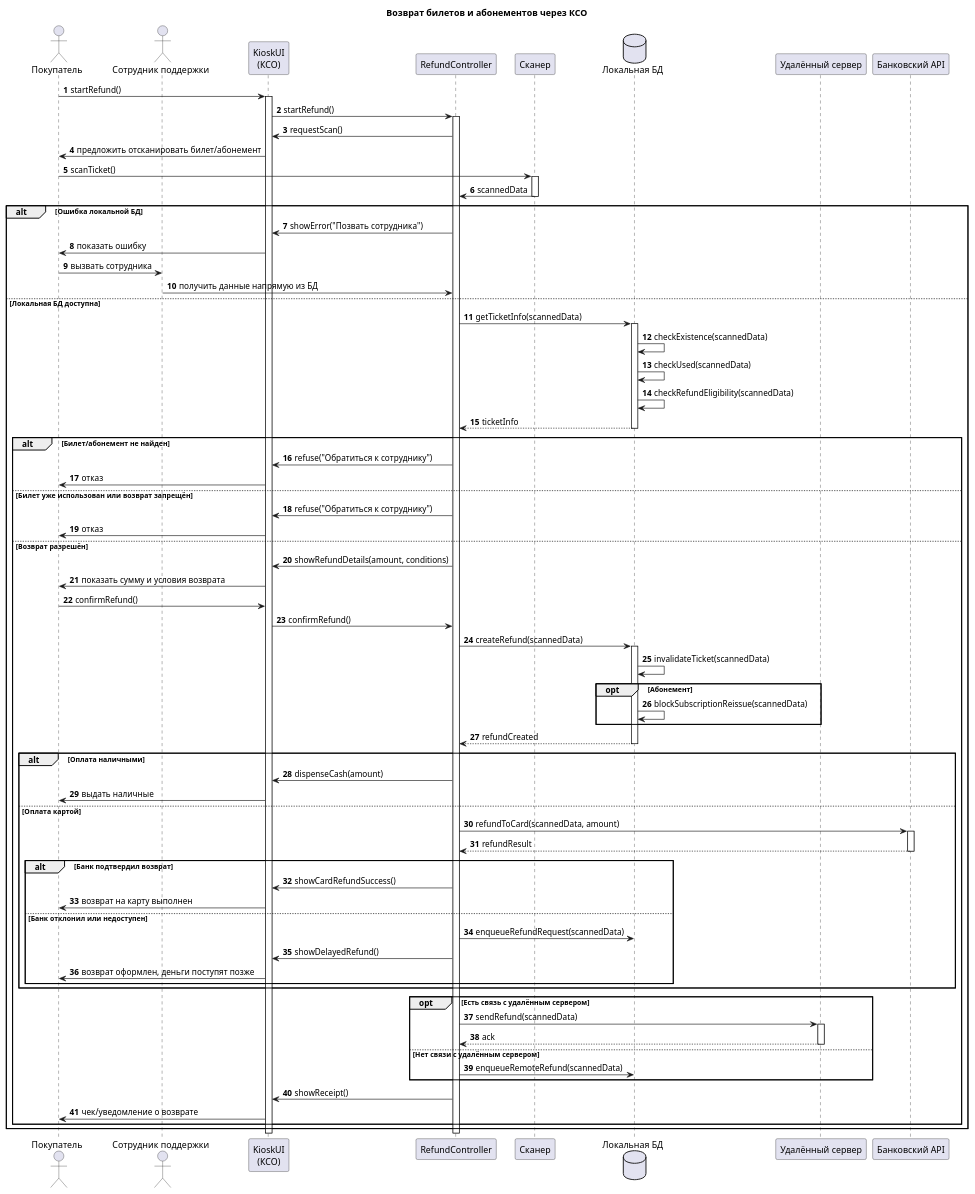
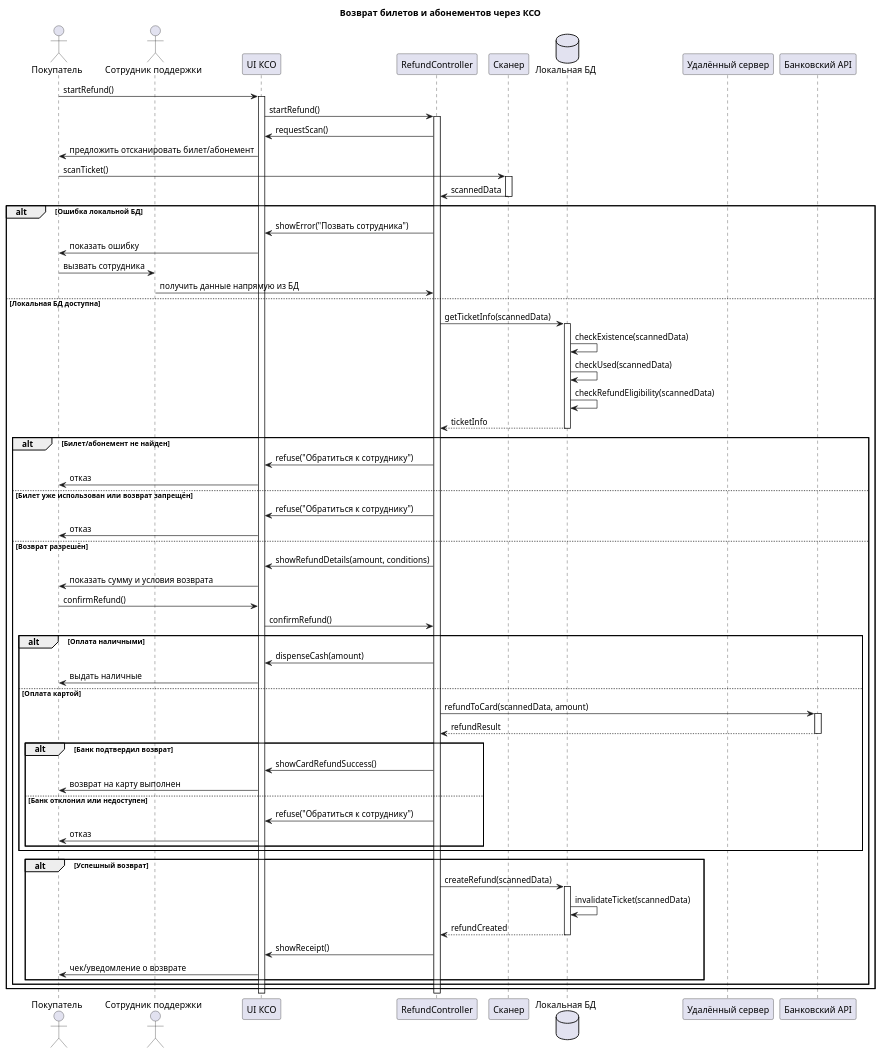
The diagram in Преценденты/Возврат билетов и абонементов/Диаграмма последовательности.md (penamarth/bsbo-11-24_team5_var10_football), drawn with PlantUML before and after one commit. The commit also changed 1 other file, not shown here.

Commit message:
Оновил диаграмму последовательностей возврата билетов и абонементов

````diff
--- a/Преценденты/Возврат билетов и абонементов/Диаграмма последовательности.md
+++ b/Преценденты/Возврат билетов и абонементов/Диаграмма последовательности.md
@@ -3,11 +3,10 @@
 ```plantuml
 @startuml
-autonumber
 title Возврат билетов и абонементов через КСО
 
 actor "Покупатель" as Buyer
 actor "Сотрудник поддержки" as Support
-participant "KioskUI\n(КСО)" as UI
+participant "UI КСО" as UI
 participant "RefundController" as Controller
 participant "Сканер" as Scanner
 database "Локальная БД" as LocalDB
@@ -52,15 +51,6 @@
         Buyer -> UI : confirmRefund()
         UI -> Controller : confirmRefund()
 
-        Controller -> LocalDB : createRefund(scannedData)
-        activate LocalDB
-        LocalDB -> LocalDB : invalidateTicket(scannedData)
-        opt Абонемент
-            LocalDB -> LocalDB : blockSubscriptionReissue(scannedData)
-        end
-        LocalDB --> Controller : refundCreated
-        deactivate LocalDB
-
         alt Оплата наличными
             Controller -> UI : dispenseCash(amount)
             UI -> Buyer : выдать наличные
@@ -73,23 +63,21 @@
                 Controller -> UI : showCardRefundSuccess()
                 UI -> Buyer : возврат на карту выполнен
             else Банк отклонил или недоступен
-                Controller -> LocalDB : enqueueRefundRequest(scannedData)
-                Controller -> UI : showDelayedRefund()
-                UI -> Buyer : возврат оформлен, деньги поступят позже
+		        Controller -> UI : refuse("Обратиться к сотруднику")
+		        UI -> Buyer : отказ
             end
         end
+        
+        alt Успешный возврат
+			Controller -> LocalDB : createRefund(scannedData)
+	        activate LocalDB
+	        LocalDB -> LocalDB : invalidateTicket(scannedData)
+	        LocalDB --> Controller : refundCreated
+	        deactivate LocalDB
 
-        opt Есть связь с удалённым сервером
-            Controller -> Remote : sendRefund(scannedData)
-            activate Remote
-            Remote --> Controller : ack
-            deactivate Remote
-        else Нет связи с удалённым сервером
-            Controller -> LocalDB : enqueueRemoteRefund(scannedData)
-        end
-
-        Controller -> UI : showReceipt()
-        UI -> Buyer : чек/уведомление о возврате
+	        Controller -> UI : showReceipt()
+	        UI -> Buyer : чек/уведомление о возврате
+		end
     end
 end
 deactivate Controller
````
